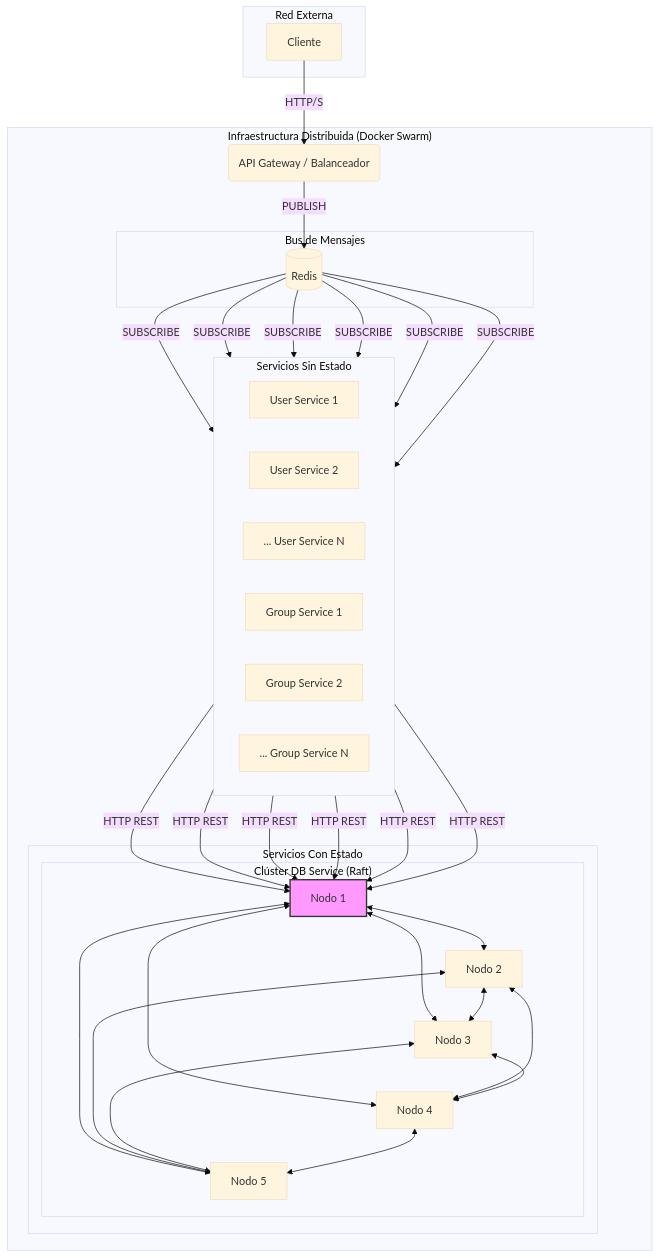
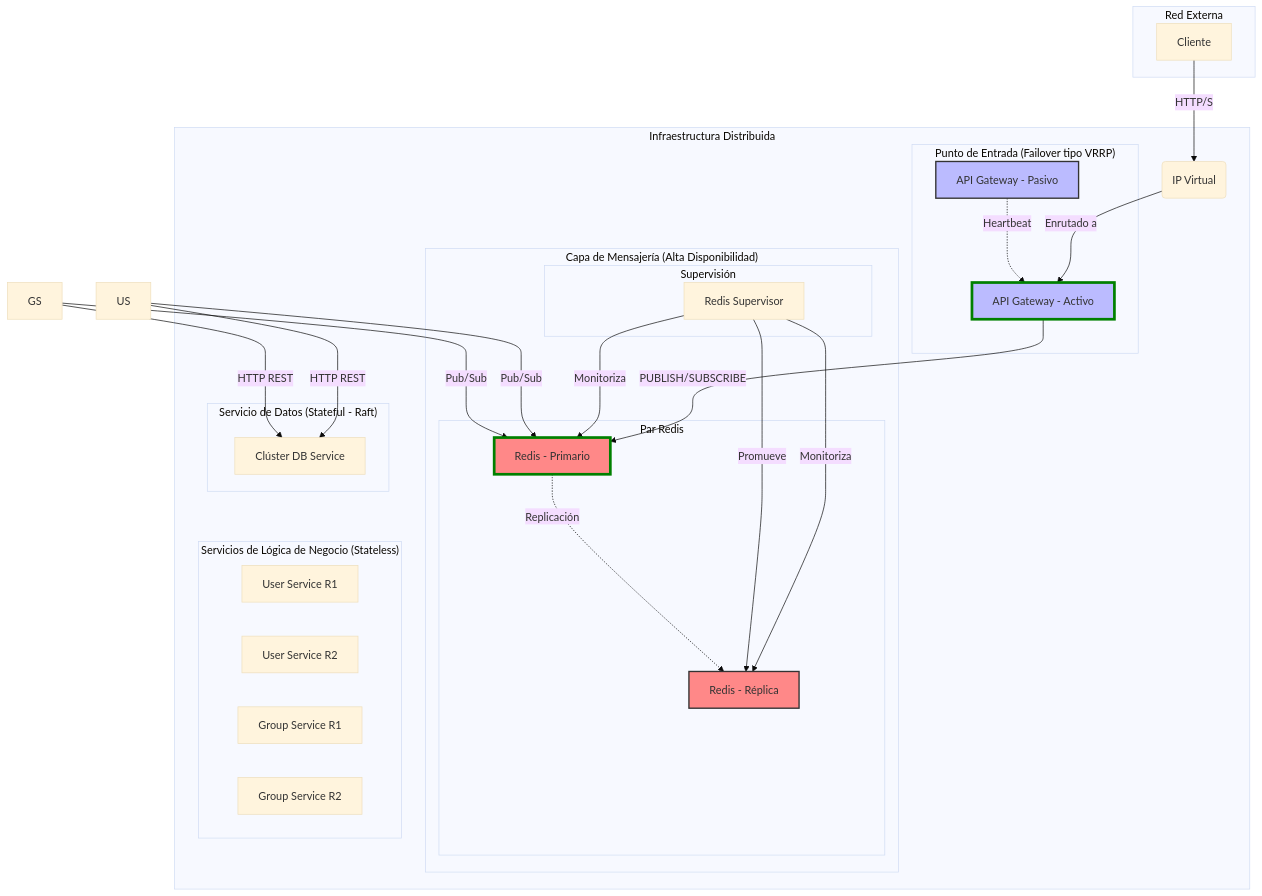
The diagram in Documents/Informe/imagenes/replicacion.mmd (gaboCiber/Agenda_Distribuida), drawn with Mermaid before and after one commit. The commit also changed 13 other files, not shown here.

```diff
--- a/Documents/Informe/imagenes/replicacion.mmd
+++ b/Documents/Informe/imagenes/replicacion.mmd
@@ -1,50 +1,59 @@
 %%{init: {'theme': 'base', 'themeVariables': { 'background': '#f5f5f5' }}}%%
 graph TD
     subgraph "Red Externa"
         Client[Cliente]
     end
 
-    subgraph "Infraestructura Distribuida (Docker Swarm)"
-        
-        API_GW("API Gateway / Balanceador")
+    subgraph "Infraestructura Distribuida"
+        VIP(IP Virtual)
 
-        subgraph "Servicios Sin Estado"
-            direction LR
-            US1[User Service 1]
-            US2[User Service 2]
-            USN[... User Service N]
-            GS1[Group Service 1]
-            GS2[Group Service 2]
-            GSN[... Group Service N]
+        subgraph "Punto de Entrada (Failover tipo VRRP)"
+            GW_A[API Gateway - Activo]
+            GW_P[API Gateway - Pasivo]
+        end
+
+        subgraph "Capa de Mensajería (Alta Disponibilidad)"
+            subgraph "Par Redis"
+                Redis_P[Redis - Primario]
+                Redis_R[Redis - Réplica]
+            end
+            subgraph "Supervisión"
+                Supervisor[Redis Supervisor]
+            end
         end
         
-        subgraph "Servicios Con Estado"
-            subgraph "Clúster DB Service (Raft)"
-                DB1[Nodo 1]
-                DB2[Nodo 2]
-                DB3[Nodo 3]
-                DB4[Nodo 4]
-                DB5[Nodo 5]
-            end
+        subgraph "Servicios de Lógica de Negocio (Stateless)"
+            direction LR
+            US1[User Service R1]
+            US2[User Service R2]
+            GS1[Group Service R1]
+            GS2[Group Service R2]
         end
-
-        subgraph "Bus de Mensajes"
-            Redis[(Redis)]
+        
+        subgraph "Servicio de Datos (Stateful - Raft)"
+            DB_Cluster["Clúster DB Service"]
         end
     end
 
-    Client -- HTTP/S --> API_GW
+    Client -- HTTP/S --> VIP
+    VIP -- Enrutado a --> GW_A
+    GW_P -. Heartbeat .-> GW_A
     
-    API_GW -- PUBLISH --> Redis
-    Redis -- SUBSCRIBE --> US1 & US2 & USN
-    Redis -- SUBSCRIBE --> GS1 & GS2 & GSN
+    GW_A -- PUBLISH/SUBSCRIBE --> Redis_P
 
-    US1 & US2 & USN -- HTTP REST --> DB1
-    GS1 & GS2 & GSN -- HTTP REST --> DB1
+    Supervisor -- Monitoriza --> Redis_P
+    Supervisor -- Monitoriza --> Redis_R
+    Supervisor -- Promueve --> Redis_R
 
-    DB1 <--> DB2 & DB3 & DB4 & DB5
-    DB2 <--> DB3 & DB4 & DB5
-    DB3 <--> DB4 & DB5
-    DB4 <--> DB5
+    Redis_P -. Replicación .-> Redis_R
+    
+    US -- Pub/Sub --> Redis_P
+    GS -- Pub/Sub --> Redis_P
 
-    style DB1 fill:#f9f,stroke:#333,stroke-width:2px
+    US -- HTTP REST --> DB_Cluster
+    GS -- HTTP REST --> DB_Cluster
+
+    style GW_A fill:#bbf,stroke:green,stroke-width:4px
+    style GW_P fill:#bbf,stroke:#333,stroke-width:2px
+    style Redis_P fill:#f88,stroke:green,stroke-width:4px
+    style Redis_R fill:#f88,stroke:#333,stroke-width:2px
```
